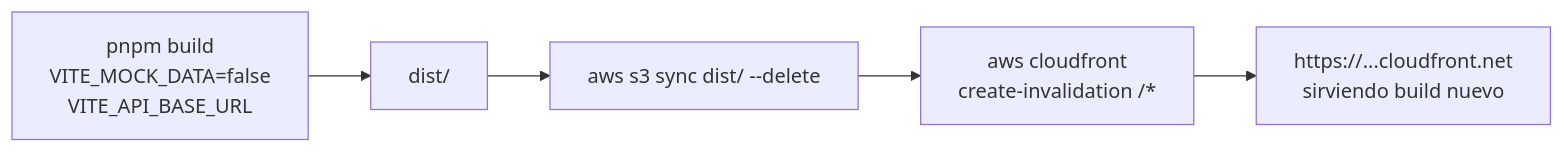
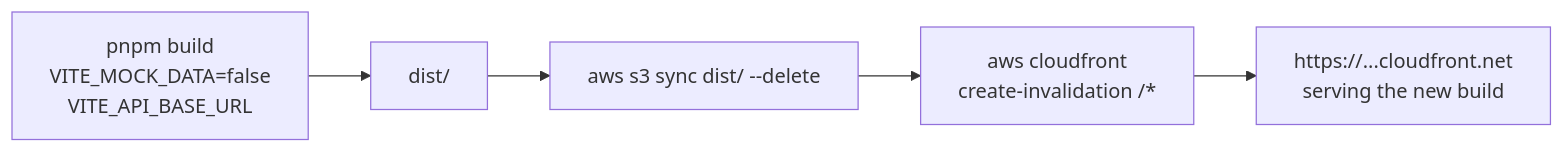
The third of 4 diagrams in ui-design/README.md (tulio3101/DeliverAI), drawn with Mermaid before and after one commit. The commit also changed other lines of this file and 4 other files, not shown here.

````diff
--- a/ui-design/README.md
+++ b/ui-design/README.md
@@ -163,7 +163,7 @@
 ```mermaid
 flowchart LR
     A["pnpm build<br/>VITE_MOCK_DATA=false<br/>VITE_API_BASE_URL"] --> B["dist/"]
     B --> C["aws s3 sync dist/ --delete"]
     C --> D["aws cloudfront<br/>create-invalidation /*"]
-    D --> E["https://...cloudfront.net<br/>sirviendo build nuevo"]
+    D --> E["https://...cloudfront.net<br/>serving the new build"]
 ```
````
